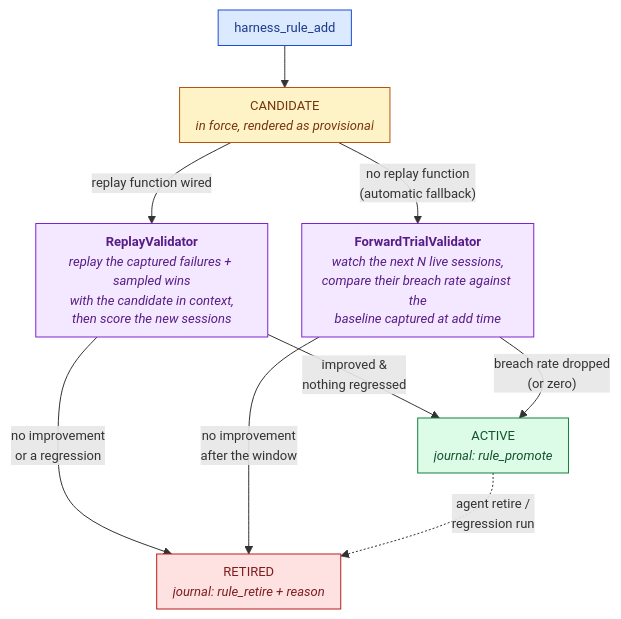
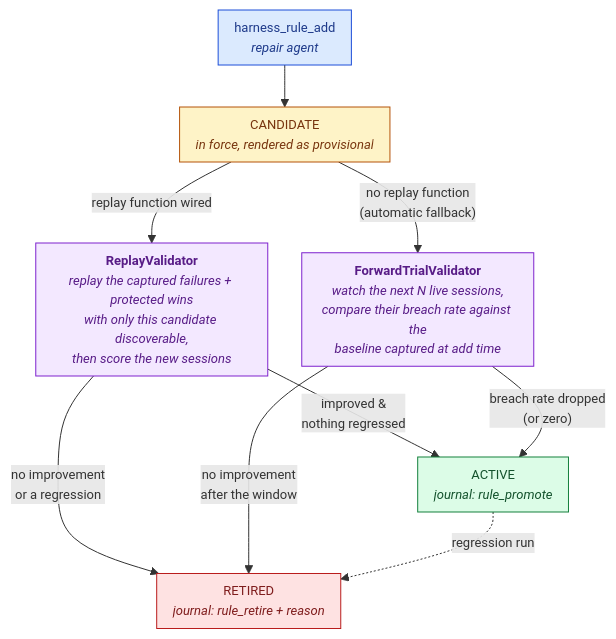
Before and after one commit to gemhr/AgentEvalOps: the diagram in docs/harness/closed-loop/rule-validation.mdx, drawn with Mermaid. The commit also changed other lines of this file, not shown here.

Commit message:
docs: attribute rule writes to repair agent in validation flow

````diff
--- a/docs/harness/closed-loop/rule-validation.mdx
+++ b/docs/harness/closed-loop/rule-validation.mdx
@@ -9,25 +9,25 @@
 ```mermaid
 %%{init: {'flowchart': {'nodeSpacing': 34, 'rankSpacing': 42, 'padding': 8}, 'themeVariables': {'fontSize': '13px'}}}%%
 flowchart TD
-    add["harness_rule_add"]:::step
+    add["harness_rule_add<br/><i>repair agent</i>"]:::step
     candidate["CANDIDATE<br/><i>in force, rendered as provisional</i>"]:::candidate
-    replay["<b>ReplayValidator</b><br/><i>replay the captured failures + sampled wins<br/>with the candidate in context,<br/>then score the new sessions</i>"]:::validator
+    replay["<b>ReplayValidator</b><br/><i>replay the captured failures + protected wins<br/>with only this candidate discoverable,<br/>then score the new sessions</i>"]:::validator
     trial["<b>ForwardTrialValidator</b><br/><i>watch the next N live sessions,<br/>compare their breach rate against the<br/>baseline captured at add time</i>"]:::validator
     active["ACTIVE<br/><i>journal: rule_promote</i>"]:::active
     retired["RETIRED<br/><i>journal: rule_retire + reason</i>"]:::retired
 
     add --> candidate
     candidate -- "replay function wired" --> replay
     candidate -- "no replay function<br/>(automatic fallback)" --> trial
     replay -- "improved &<br/>nothing regressed" --> active
     trial -- "breach rate dropped<br/>(or zero)" --> active
     replay -- "no improvement<br/>or a regression" --> retired
     trial -- "no improvement<br/>after the window" --> retired
-    active -. "agent retire /<br/>regression run" .-> retired
+    active -. "regression run" .-> retired
 
     classDef step fill:#dbeafe,stroke:#1d4ed8,color:#1e3a8a
     classDef candidate fill:#fef3c7,stroke:#b45309,color:#78350f
     classDef validator fill:#f3e8ff,stroke:#7e22ce,color:#581c87
     classDef active fill:#dcfce7,stroke:#15803d,color:#14532d
     classDef retired fill:#fee2e2,stroke:#b91c1c,color:#7f1d1d
 ```
````
